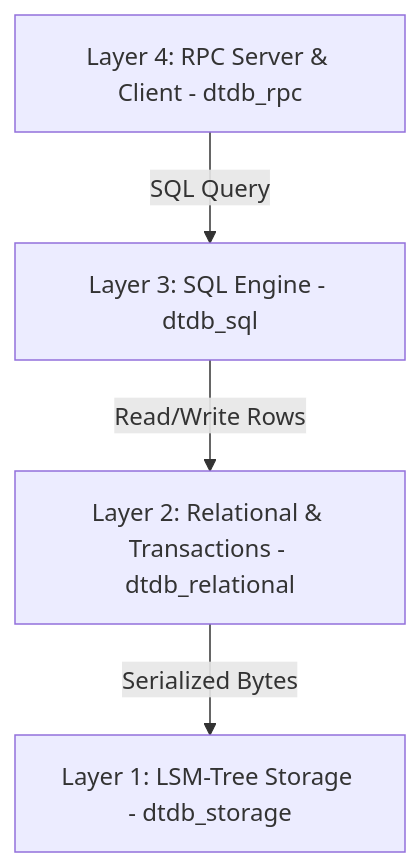
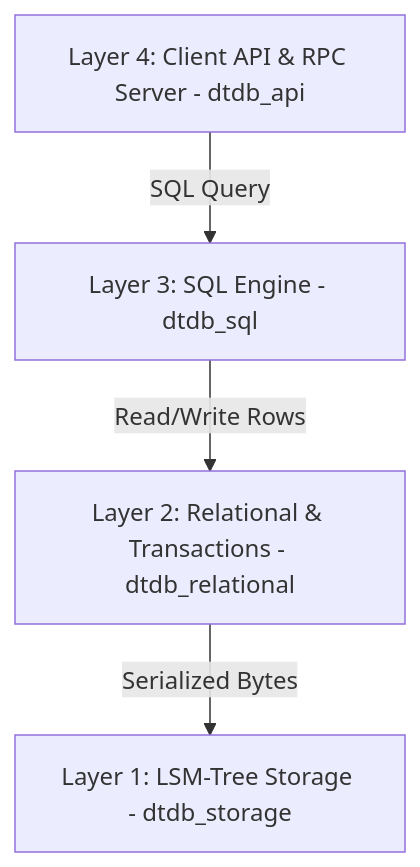
The diagram in README.md (dogacan/dtdb), drawn with Mermaid before and after one commit. The commit also changed other lines of this file and 14 other files, not shown here.

Commit message:
Rename dtdb_rpc to dtdb_api and add support for in-process database client

````diff
--- a/README.md
+++ b/README.md
@@ -11,6 +11,6 @@
 ```mermaid
 graph TD
-    A[Layer 4: RPC Server & Client - dtdb_rpc] -->|SQL Query| B[Layer 3: SQL Engine - dtdb_sql]
+    A[Layer 4: Client API & RPC Server - dtdb_api] -->|SQL Query| B[Layer 3: SQL Engine - dtdb_sql]
     B -->|Read/Write Rows| C[Layer 2: Relational & Transactions - dtdb_relational]
     C -->|Serialized Bytes| D[Layer 1: LSM-Tree Storage - dtdb_storage]
 ```
````
